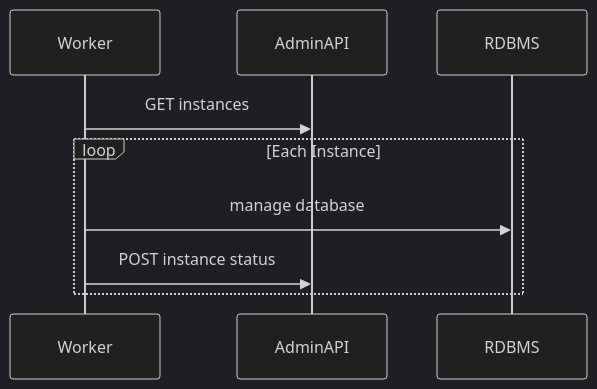
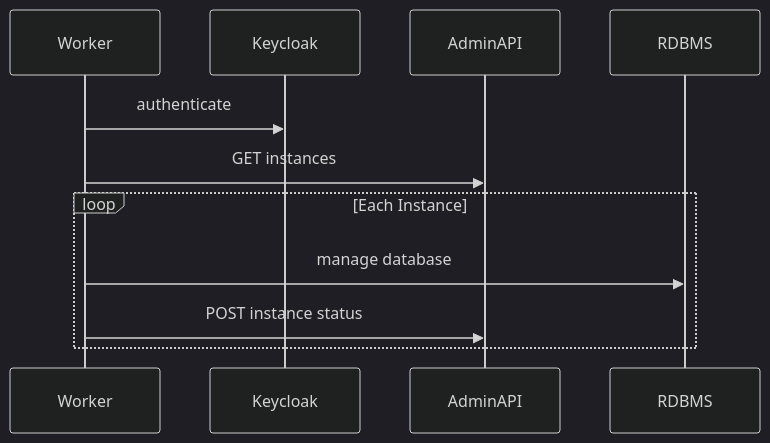
One commit to Ed-Fi-Alliance-OSS/Ed-Fi-Admin-Console changed the diagram in docs/testing/PLAN-instance.md. Above: the diagram before and after it, drawn with Mermaid (dark theme). The commit also changed 1 other file, not shown here.

Commit message:
Add Keycloak to instance diagrams

````diff
--- a/docs/testing/PLAN-instance.md
+++ b/docs/testing/PLAN-instance.md
@@ -10,13 +10,15 @@
 ```mermaid
 sequenceDiagram
     participant Worker
+    participant Keycloak
     participant AdminAPI
     participant RDBMS
 
+    Worker ->> Keycloak: authenticate
     Worker ->> AdminAPI: GET instances
 
     loop Each Instance
         Worker ->> RDBMS: manage database
         Worker ->> AdminAPI: POST instance status
     end
 ```
````
